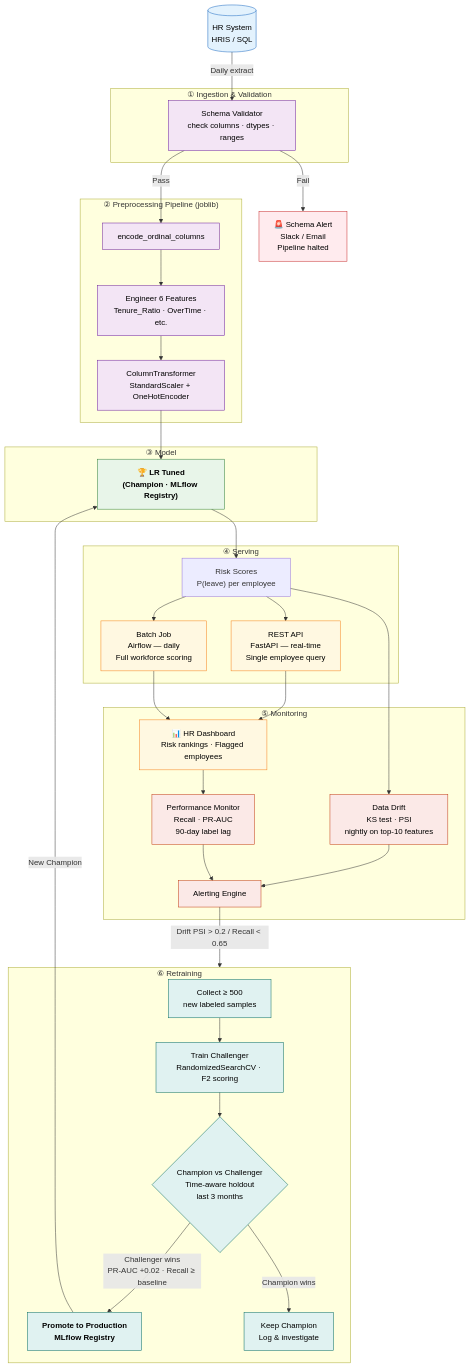
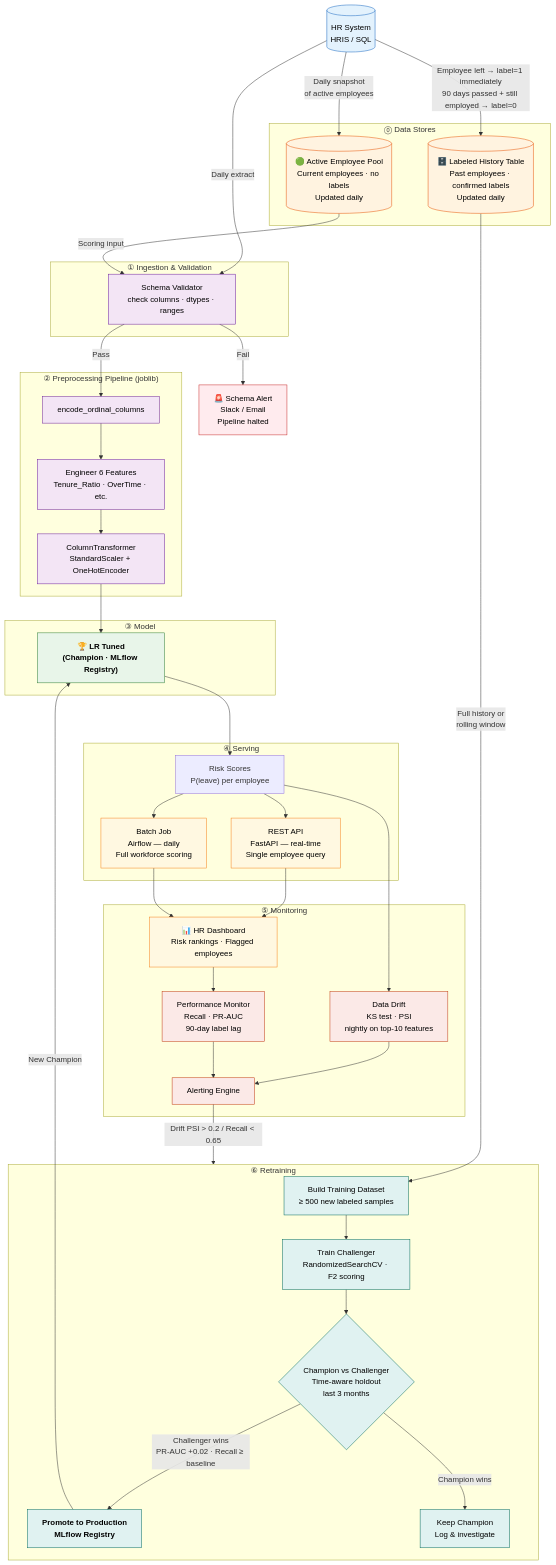
The diagram in production_pipeline.md (rimonshy/Employee-Churn-Prediction-System), drawn with Mermaid before and after one commit. The commit also changed other lines of this file and 5 other files, not shown here.

```diff
--- a/production_pipeline.md
+++ b/production_pipeline.md
@@ -4,12 +4,22 @@
 flowchart TD
     %% ── Data Sources ──────────────────────────────────────────
     A[(HR System<br/>HRIS / SQL)] -->|Daily extract| B
+    A -->|"Employee left → label=1 immediately<br/>90 days passed + still employed → label=0"| LHT
+
+    %% ── Data Stores ───────────────────────────────────────────
+    subgraph STORES["⓪ Data Stores"]
+        AEP[("🟢 Active Employee Pool<br/>Current employees · no labels<br/>Updated daily")]
+        LHT[("🗄️ Labeled History Table<br/>Past employees · confirmed labels<br/>Updated daily")]
+    end
+
+    A -->|"Daily snapshot<br/>of active employees"| AEP
 
     %% ── Ingestion & Validation ────────────────────────────────
     subgraph INGEST["① Ingestion & Validation"]
         B[Schema Validator<br/>check columns · dtypes · ranges]
     end
 
+    AEP -->|Scoring input| B
     B -->|Pass| C
     B -->|Fail| ERR1["🚨 Schema Alert<br/>Slack / Email<br/>Pipeline halted"]
 
@@ -50,7 +60,8 @@
 
     %% ── Retraining ────────────────────────────────────────────
     subgraph RETRAIN["⑥ Retraining"]
-        R1["Collect ≥ 500<br/>new labeled samples"]
+        LHT -->|"Full history or<br/>rolling window"| R1
+        R1["Build Training Dataset<br/>≥ 500 new labeled samples"]
         R1 --> R2["Train Challenger<br/>RandomizedSearchCV · F2 scoring"]
         R2 --> R3{"Champion vs Challenger<br/>Time-aware holdout<br/>last 3 months"}
         R3 -->|"Challenger wins<br/>PR-AUC +0.02 · Recall ≥ baseline"| R4["Promote to Production<br/>MLflow Registry"]
@@ -61,6 +72,7 @@
 
     %% ── Styling ───────────────────────────────────────────────
     classDef source   fill:#E3F2FD,stroke:#1565C0,color:#000
+    classDef store    fill:#FFF3E0,stroke:#E65100,color:#000
     classDef process  fill:#F3E5F5,stroke:#6A1B9A,color:#000
     classDef model    fill:#E8F5E9,stroke:#2E7D32,color:#000,font-weight:bold
     classDef serving  fill:#FFF8E1,stroke:#F57F17,color:#000
@@ -69,6 +81,7 @@
     classDef alert    fill:#FFEBEE,stroke:#C62828,color:#000
 
     class A source
+    class AEP,LHT store
     class B,C,D,E process
     class F,R4 model
     class H,I,DASH serving
```
